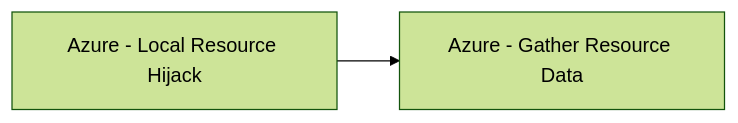
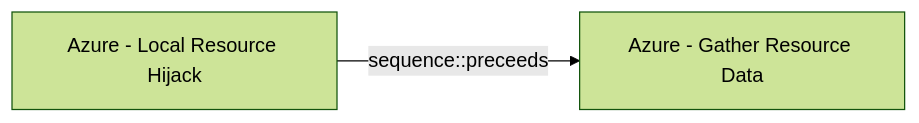
One commit to opentidehq/library changed the diagram in docs/threats/azure-local-resource-hijack.md. Above: the diagram before and after it, drawn with Mermaid (forest theme). The commit also changed other lines of this file and 277 other files, not shown here.

````diff
--- a/docs/threats/azure-local-resource-hijack.md
+++ b/docs/threats/azure-local-resource-hijack.md
@@ -66,6 +104,6 @@
 ```mermaid
 flowchart LR
 85c8e0dd_b012_402d_bb09_5d354c16ebb9["Azure - Local Resource Hijack"]
 b1593e0b_1b3b_462d_9ab6_21d1c136469d["Azure - Gather Resource Data"]
-85c8e0dd_b012_402d_bb09_5d354c16ebb9 --> b1593e0b_1b3b_462d_9ab6_21d1c136469d
+85c8e0dd_b012_402d_bb09_5d354c16ebb9 -->|sequence::preceeds| b1593e0b_1b3b_462d_9ab6_21d1c136469d
 ```
````
